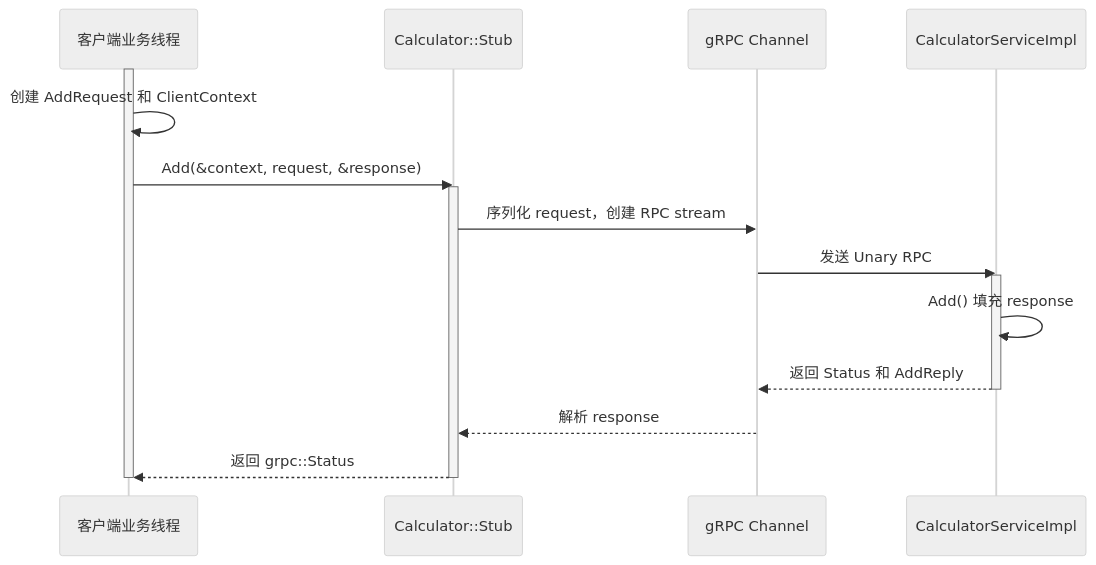
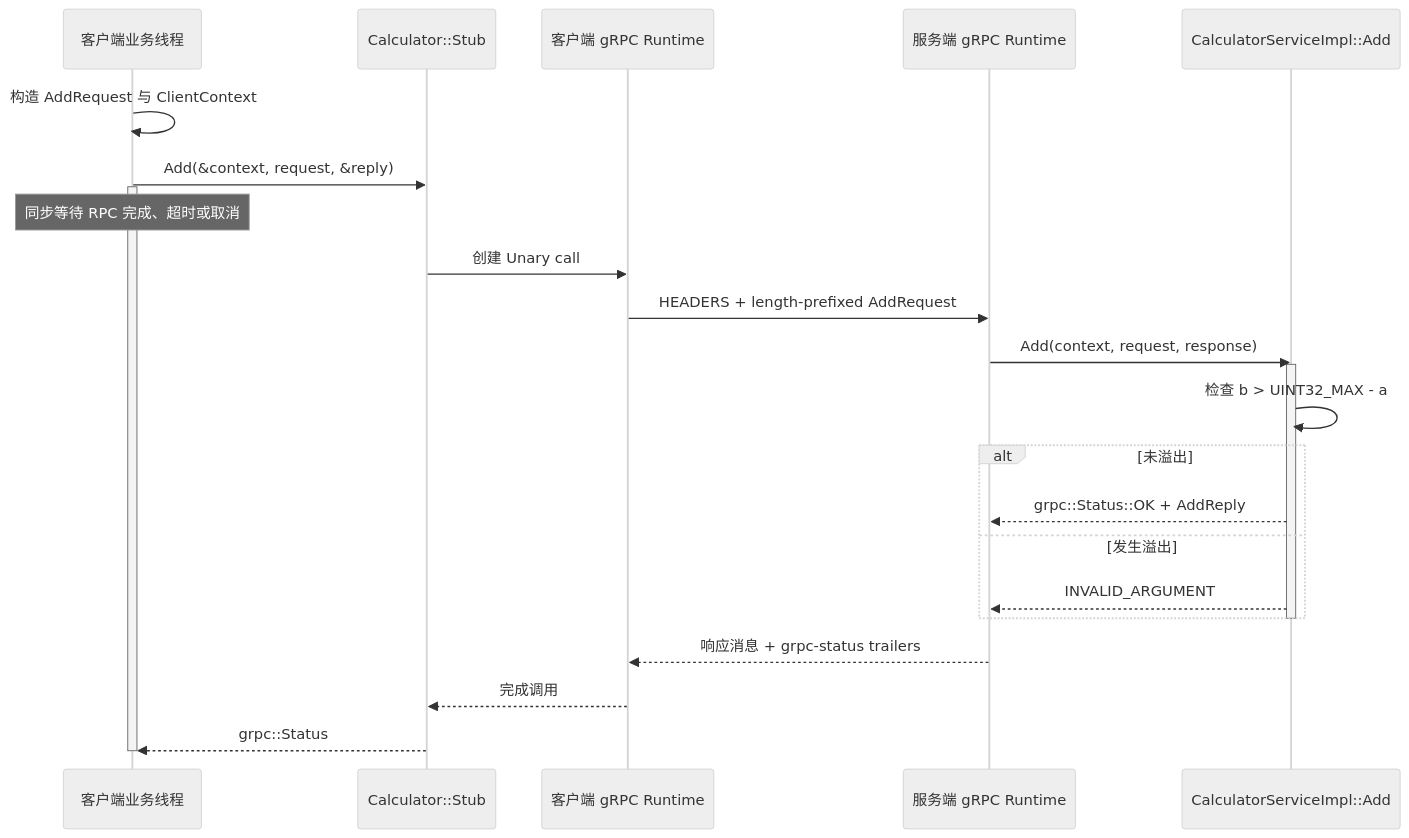
Before and after one commit to 495229520/obsidian_notes: the third of 5 diagrams in 3.Linux/7. 网络编程基础/7.4.2 gRPC.md, drawn with Mermaid (neutral theme). The commit also changed other lines of this file and 28 other files, not shown here.

````diff
--- a/3.Linux/7. 网络编程基础/7.4.2 gRPC.md
+++ b/3.Linux/7. 网络编程基础/7.4.2 gRPC.md
@@ -416,22 +629,31 @@
 ```mermaid
 sequenceDiagram
     participant App as 客户端业务线程
     participant Stub as Calculator::Stub
-    participant Channel as gRPC Channel
-    participant Server as CalculatorServiceImpl
+    participant CR as 客户端 gRPC Runtime
+    participant SR as 服务端 gRPC Runtime
+    participant Service as CalculatorServiceImpl::Add
 
+    App->>App: 构造 AddRequest 与 ClientContext
+    App->>Stub: Add(&context, request, &reply)
     activate App
-    App->>App: 创建 AddRequest 和 ClientContext
-    App->>Stub: Add(&context, request, &response)
-    activate Stub
-    Stub->>Channel: 序列化 request，创建 RPC stream
-    Channel->>Server: 发送 Unary RPC
-    activate Server
-    Server->>Server: Add() 填充 response
-    Server-->>Channel: 返回 Status 和 AddReply
-    deactivate Server
-    Channel-->>Stub: 解析 response
-    Stub-->>App: 返回 grpc::Status
-    deactivate Stub
+    Note over App: 同步等待 RPC 完成、超时或取消
+
+    Stub->>CR: 创建 Unary call
+    CR->>SR: HEADERS + length-prefixed AddRequest
+    SR->>Service: Add(context, request, response)
+    activate Service
+    Service->>Service: 检查 b > UINT32_MAX - a
+
+    alt 未溢出
+        Service-->>SR: grpc::Status::OK + AddReply
+    else 发生溢出
+        Service-->>SR: INVALID_ARGUMENT
+    end
+
+    deactivate Service
+    SR-->>CR: 响应消息 + grpc-status trailers
+    CR-->>Stub: 完成调用
+    Stub-->>App: grpc::Status
     deactivate App
 ```
````
